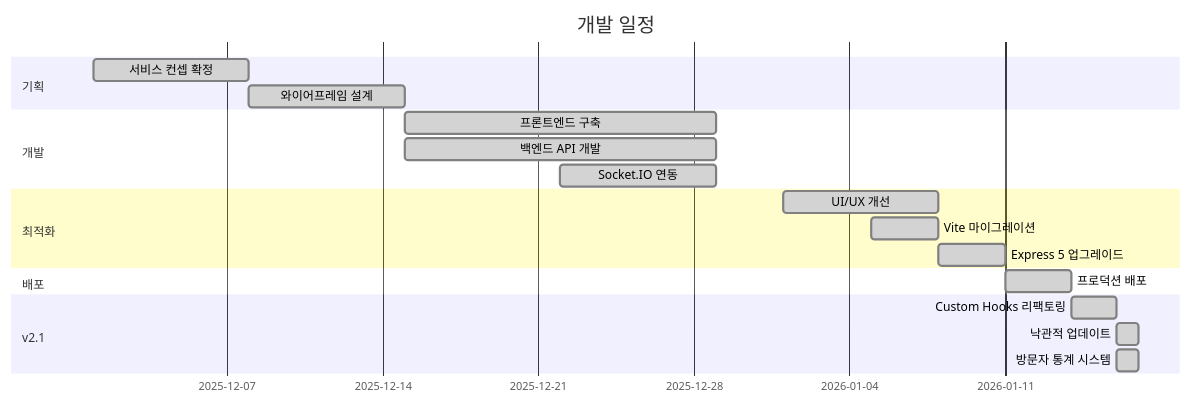
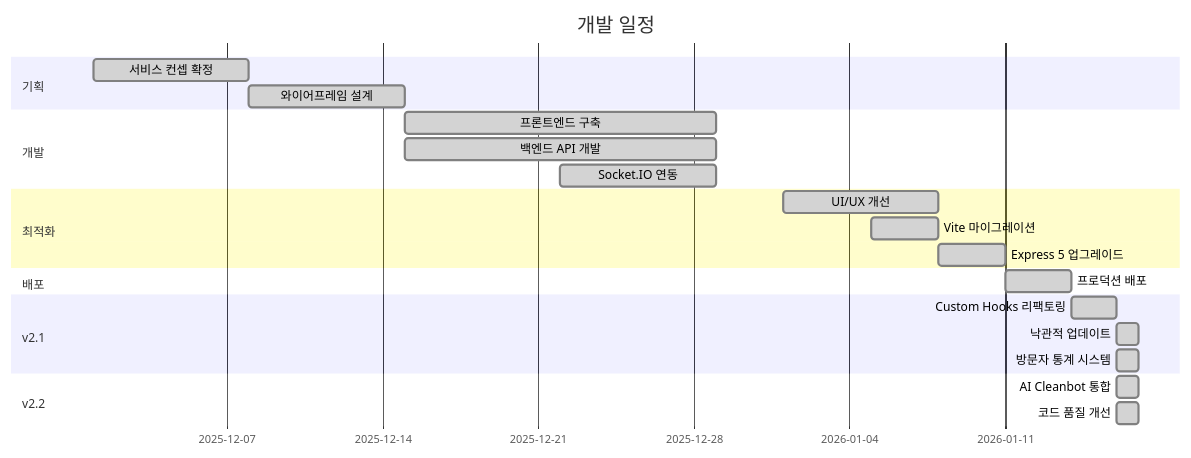
Diagram 12 of 12 in README.md (doublesilver/subway-board), drawn with Mermaid before and after one commit. The commit also changed other lines of this file and 14 other files, not shown here.

````diff
--- a/README.md
+++ b/README.md
@@ -534,22 +563,25 @@
 ```mermaid
 gantt
     title 개발 일정
     dateFormat  YYYY-MM-DD
     section 기획
     서비스 컨셉 확정     :done, 2025-12-01, 7d
     와이어프레임 설계    :done, 2025-12-08, 7d
     section 개발
     프론트엔드 구축      :done, 2025-12-15, 14d
     백엔드 API 개발      :done, 2025-12-15, 14d
     Socket.IO 연동       :done, 2025-12-22, 7d
     section 최적화
     UI/UX 개선          :done, 2026-01-01, 7d
     Vite 마이그레이션   :done, 2026-01-05, 3d
     Express 5 업그레이드 :done, 2026-01-08, 3d
     section 배포
     프로덕션 배포        :done, 2026-01-11, 3d
     section v2.1
     Custom Hooks 리팩토링 :done, 2026-01-14, 2d
     낙관적 업데이트      :done, 2026-01-16, 1d
     방문자 통계 시스템   :done, 2026-01-16, 1d
+    section v2.2
+    AI Cleanbot 통합     :done, 2026-01-16, 1d
+    코드 품질 개선       :done, 2026-01-16, 1d
 ```
````
